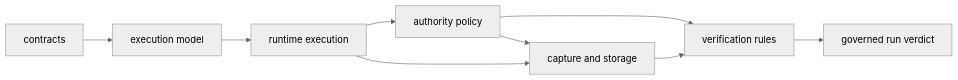
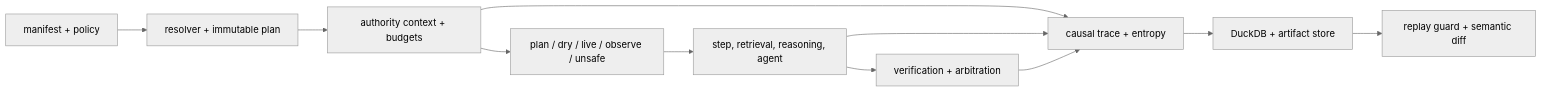
One commit to bijux/bijux-canon changed the diagram in docs/06-bijux-canon-runtime/architecture/index.md. Above: the diagram before and after it, drawn with Mermaid (neutral theme). The commit also changed other lines of this file and 3 other files, not shown here.

Commit message:
docs(runtime): define authority persistence and replay

````diff
--- a/docs/06-bijux-canon-runtime/architecture/index.md
+++ b/docs/06-bijux-canon-runtime/architecture/index.md
@@ -22,14 +18,17 @@
 ```mermaid
 flowchart LR
-    contracts["contracts"]
-    model["execution model"]
-    execution["runtime execution"]
-    policy["authority policy"]
-    observability["capture and storage"]
-    verification["verification rules"]
-    verdict["governed run verdict"]
+    manifest["manifest + policy"]
+    planner["resolver + immutable plan"]
+    context["authority context + budgets"]
+    strategy["plan / dry / live / observe / unsafe"]
+    executors["step, retrieval, reasoning, agent"]
+    verify["verification + arbitration"]
+    recorder["causal trace + entropy"]
+    store["DuckDB + artifact store"]
+    replay["replay guard + semantic diff"]
 
-    contracts --> model --> execution --> policy --> verification --> verdict
-    execution --> observability --> verification
-    policy --> observability
+    manifest --> planner --> context --> strategy --> executors --> verify
+    context --> recorder
+    executors --> recorder
+    verify --> recorder --> store --> replay
 ```
````
